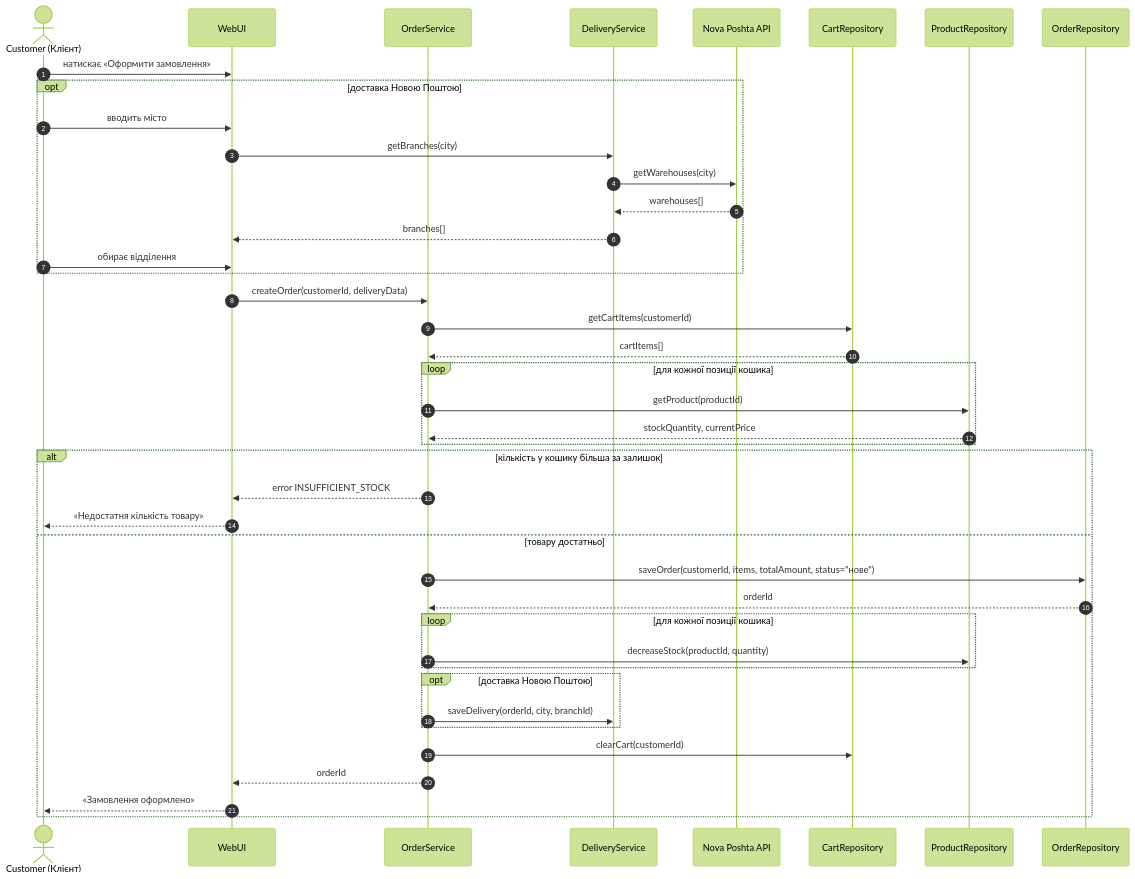
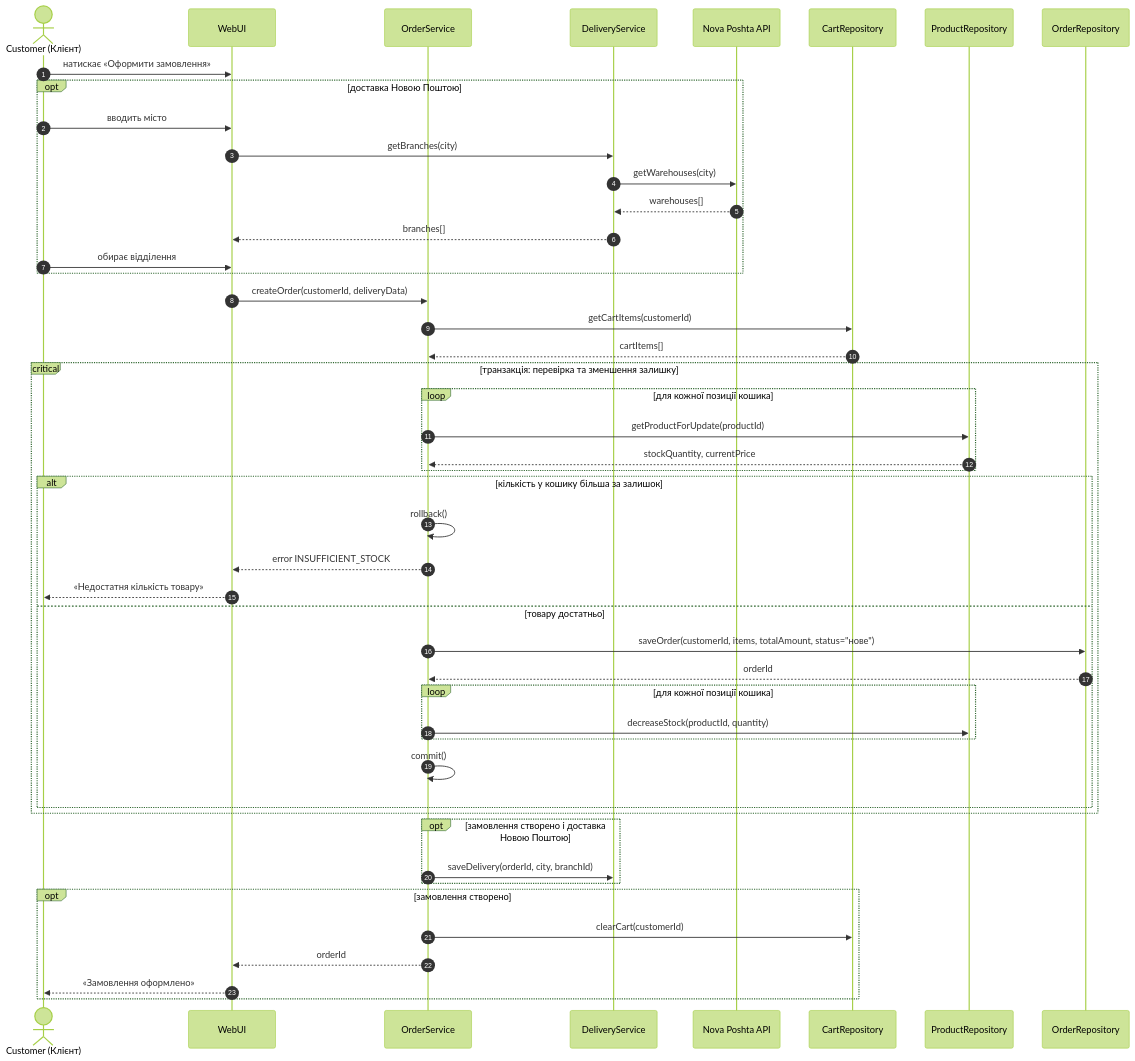
Before and after one commit to AlegZabivnoy/Software-engineering-components-2-: the diagram in sequence.mmd, drawn with Mermaid (forest theme). The commit also changed 3 other files, not shown here.

```diff
--- a/sequence.mmd
+++ b/sequence.mmd
@@ -1,47 +1,54 @@
 sequenceDiagram
     autonumber
     actor C as Customer (Клієнт)
     participant UI as WebUI
     participant OS as OrderService
     participant DS as DeliveryService
     participant NP as Nova Poshta API
     participant CR as CartRepository
     participant PR as ProductRepository
     participant OR as OrderRepository
 
     C->>UI: натискає «Оформити замовлення»
 
     opt доставка Новою Поштою
         C->>UI: вводить місто
         UI->>DS: getBranches(city)
         DS->>NP: getWarehouses(city)
         NP-->>DS: warehouses[]
         DS-->>UI: branches[]
         C->>UI: обирає відділення
     end
 
     UI->>OS: createOrder(customerId, deliveryData)
     OS->>CR: getCartItems(customerId)
     CR-->>OS: cartItems[]
 
-    loop для кожної позиції кошика
-        OS->>PR: getProduct(productId)
-        PR-->>OS: stockQuantity, currentPrice
+    critical транзакція: перевірка та зменшення залишку
+        loop для кожної позиції кошика
+            OS->>PR: getProductForUpdate(productId)
+            PR-->>OS: stockQuantity, currentPrice
+        end
+
+        alt кількість у кошику більша за залишок
+            OS->>OS: rollback()
+            OS-->>UI: error INSUFFICIENT_STOCK
+            UI-->>C: «Недостатня кількість товару»
+        else товару достатньо
+            OS->>OR: saveOrder(customerId, items, totalAmount, status="нове")
+            OR-->>OS: orderId
+            loop для кожної позиції кошика
+                OS->>PR: decreaseStock(productId, quantity)
+            end
+            OS->>OS: commit()
+        end
     end
 
-    alt кількість у кошику більша за залишок
-        OS-->>UI: error INSUFFICIENT_STOCK
-        UI-->>C: «Недостатня кількість товару»
-    else товару достатньо
-        OS->>OR: saveOrder(customerId, items, totalAmount, status="нове")
-        OR-->>OS: orderId
-        loop для кожної позиції кошика
-            OS->>PR: decreaseStock(productId, quantity)
-        end
-        opt доставка Новою Поштою
-            OS->>DS: saveDelivery(orderId, city, branchId)
-        end
+    opt замовлення створено і доставка Новою Поштою
+        OS->>DS: saveDelivery(orderId, city, branchId)
+    end
+    opt замовлення створено
         OS->>CR: clearCart(customerId)
         OS-->>UI: orderId
         UI-->>C: «Замовлення оформлено»
     end
```
